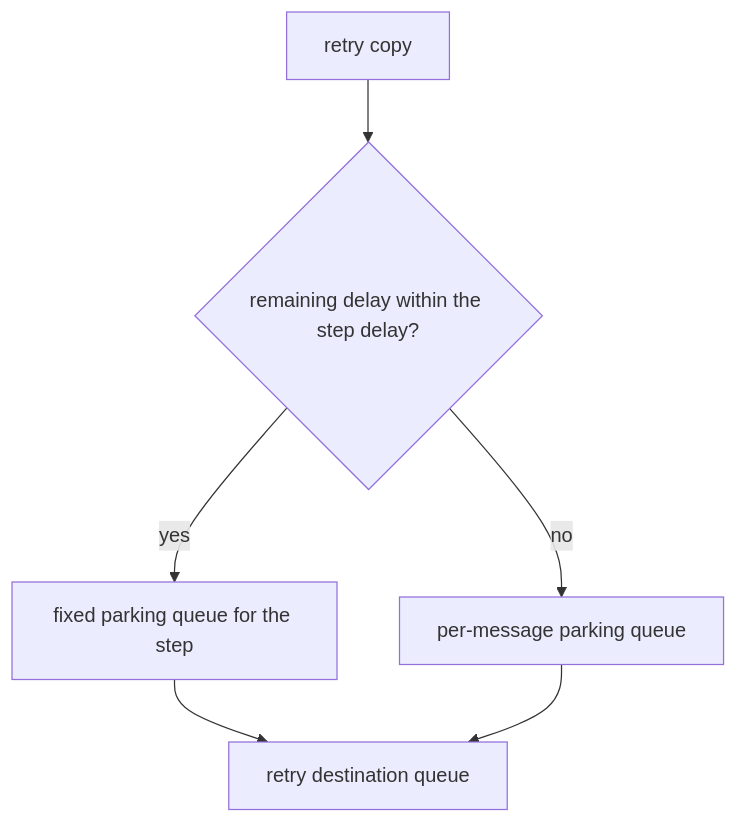
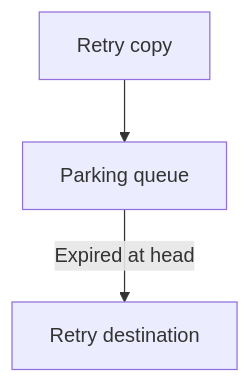
One commit to bktrung/edm_sdk changed the diagram in docs/deep-dives/rabbitmq-delay-ladder.md. Above: the diagram before and after it, drawn with Mermaid. The commit also changed other lines of this file and 139 other files, not shown here.

````diff
--- a/docs/deep-dives/rabbitmq-delay-ladder.md
+++ b/docs/deep-dives/rabbitmq-delay-ladder.md
@@ -60,8 +58,5 @@
 ```mermaid
 flowchart TB
-    R[retry copy] --> W{remaining delay within the step delay?}
-    W -->|yes| Q[fixed parking queue for the step]
-    W -->|no| P[per-message parking queue]
-    Q --> D[retry destination queue]
-    P --> D
+    R[Retry copy] --> Q[Parking queue]
+    Q -->|Expired at head| D[Retry destination]
 ```
````
